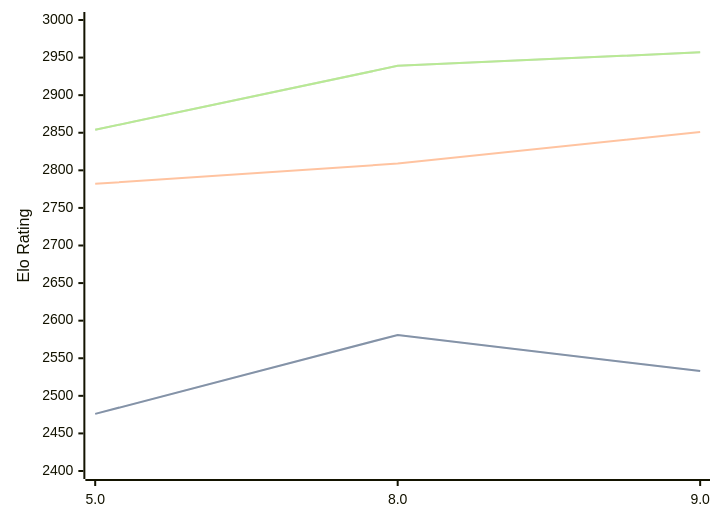
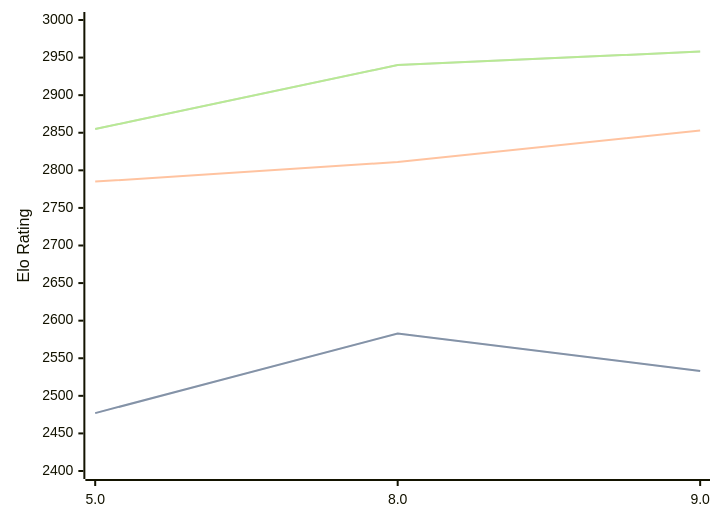
Before and after one commit to computer-chess-index/cci: the diagram in engines/4kc.md, drawn with Mermaid. The commit also changed other lines of this file, not shown here.

Commit message:
Update CCI Ratings (ELO VLTC) - 2026-08-22

````diff
--- a/engines/4kc.md
+++ b/engines/4kc.md
@@ -33,11 +33,11 @@
 ```mermaid
 %%{init: {"theme":"base","themeVariables":{"seriesColors:['#a3a3a3','#222221','#faa371']}}}%%
 xychart-beta
   x-axis ["5.0", "8.0", "9.0"]
   y-axis "Elo Rating" 2400 --> 3000
-  line "STC (8.0+0.08s)" [2476, 2581, 2533]
-  line "STC (8.0+0.08s)" [2476, 2581, 2533]
-  line "LTC (60.0+0.60s)" [2782, 2809, 2851]
-  line "VLTC (2m24s+1.12s)" [2854, 2939, 2957]
-  line "VLTC (2m24s+1.12s)" [2854, 2939, 2957]
+  line "STC (8.0+0.08s)" [2477, 2583, 2533]
+  line "STC (8.0+0.08s)" [2477, 2583, 2533]
+  line "LTC (60.0+0.60s)" [2785, 2811, 2853]
+  line "VLTC (2m24s+1.12s)" [2855, 2940, 2958]
+  line "VLTC (2m24s+1.12s)" [2855, 2940, 2958]
 ```
````
